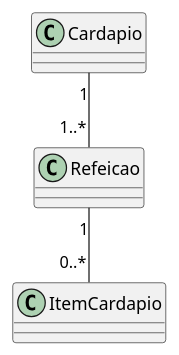
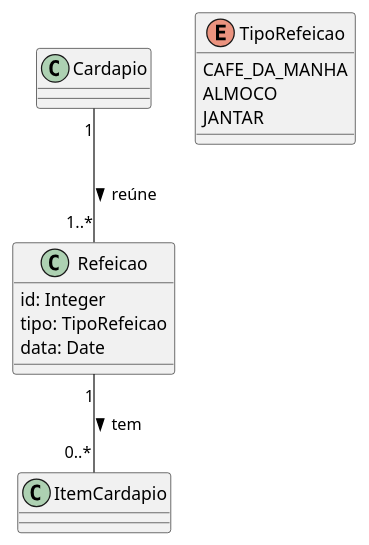
The diagram in Integracao/entidades/Entidade-Refeicao.md (joseduardogon/Minha_UFG_Grupo_Cinza), drawn with PlantUML before and after one commit. The commit also changed other lines of this file and 131 other files, not shown here.

````diff
--- a/Integracao/entidades/Entidade-Refeicao.md
+++ b/Integracao/entidades/Entidade-Refeicao.md
@@ -45,7 +47,16 @@
 ```plantuml
-class Refeicao
+class Refeicao {
+  id: Integer
+  tipo: TipoRefeicao
+  data: Date
+}
+enum TipoRefeicao {
+  CAFE_DA_MANHA
+  ALMOCO
+  JANTAR
+}
 class Cardapio
 class ItemCardapio
-Cardapio "1" -- "1..*" Refeicao
-Refeicao "1" -- "0..*" ItemCardapio
+Cardapio "1" -- "1..*" Refeicao : reúne >
+Refeicao "1" -- "0..*" ItemCardapio : tem >
 ```
````
